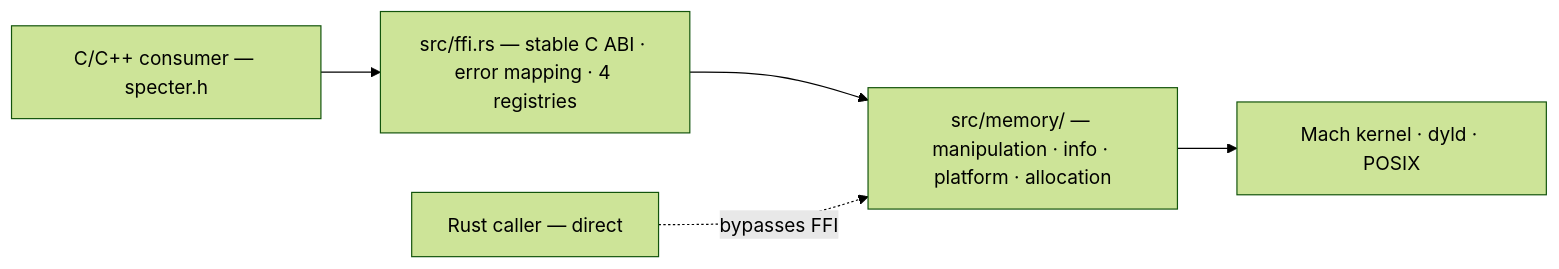
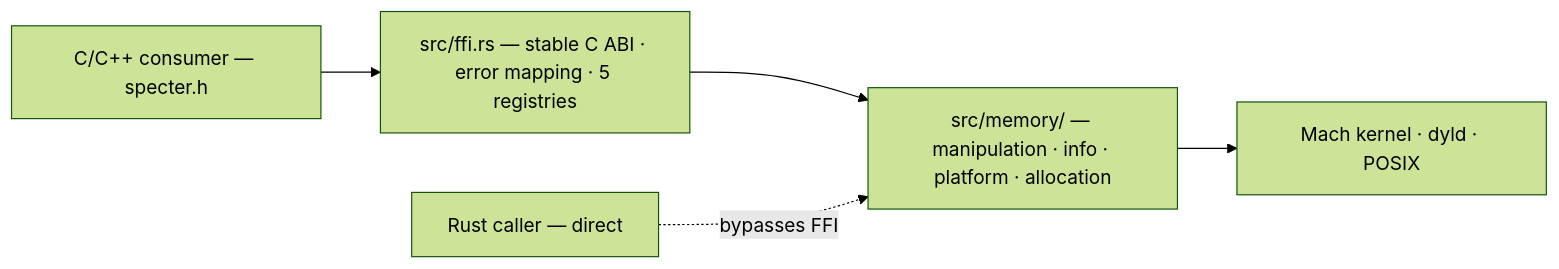
Before and after one commit to Batchhh/libspecter: the first of 21 diagrams in docs/architecture.md, drawn with Mermaid (forest theme). The commit also changed other lines of this file and 11 other files, not shown here.

````diff
--- a/docs/architecture.md
+++ b/docs/architecture.md
@@ -15,13 +15,13 @@
 ```mermaid
 graph LR
     CC[C/C++ consumer — specter.h]
     RC[Rust caller — direct]
-    FFI[src/ffi.rs — stable C ABI · error mapping · 4 registries]
+    FFI[src/ffi.rs — stable C ABI · error mapping · 5 registries]
     Mods[src/memory/ — manipulation · info · platform · allocation]
     Kern[Mach kernel · dyld · POSIX]
 
     CC --> FFI
     FFI --> Mods
     RC -.->|bypasses FFI| Mods
     Mods --> Kern
 ```
````
